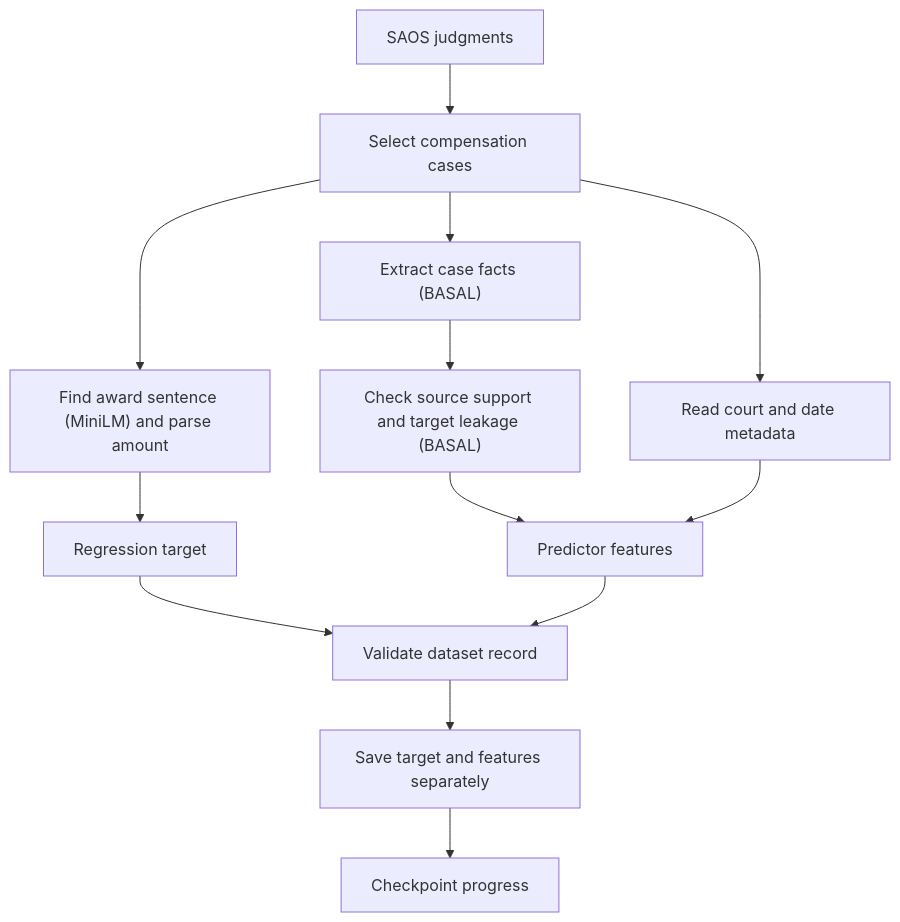
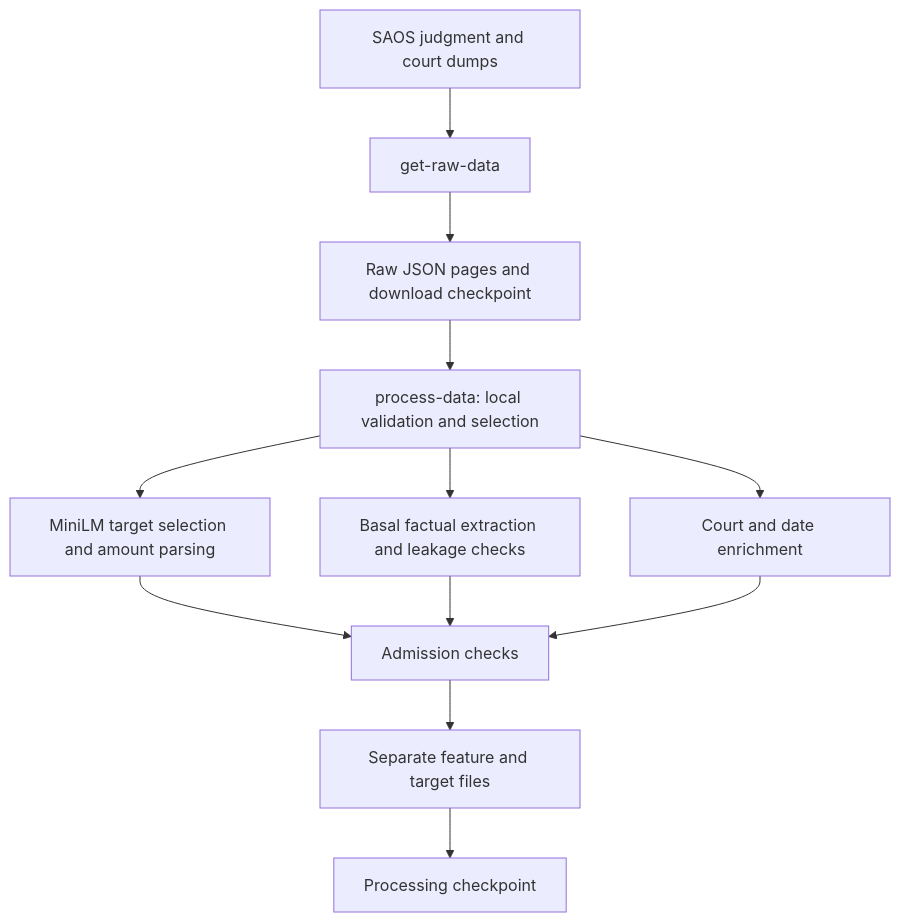
Before and after one commit to PDSa-PROJECT/saos-compensation: the diagram in docs/pipeline.md, drawn with Mermaid. The commit also changed other lines of this file and 54 other files, not shown here.

Commit message:
feat(dataset)!: separate raw download from local processing

````diff
--- a/docs/pipeline.md
+++ b/docs/pipeline.md
@@ -12,15 +11,14 @@
 ```mermaid
 flowchart TD
-    A[SAOS judgments] --> B[Select compensation cases]
-    B --> C["Find award sentence (MiniLM) and parse amount"]
-    B --> D["Extract case facts (BASAL)"]
-    B --> E[Read court and date metadata]
-    C --> F[Regression target]
-    D --> G["Check source support and target leakage (BASAL)"]
-    G --> H[Predictor features]
-    E --> H
-    F --> I[Validate dataset record]
-    H --> I
-    I --> J[Save target and features separately]
-    J --> K[Checkpoint progress]
+    A[SAOS judgment and court dumps] --> B[get-raw-data]
+    B --> C[Raw JSON pages and download checkpoint]
+    C --> D[process-data: local validation and selection]
+    D --> E[MiniLM target selection and amount parsing]
+    D --> F[Basal factual extraction and leakage checks]
+    D --> G[Court and date enrichment]
+    E --> H[Admission checks]
+    F --> H
+    G --> H
+    H --> I[Separate feature and target files]
+    I --> J[Processing checkpoint]
 ```
````
